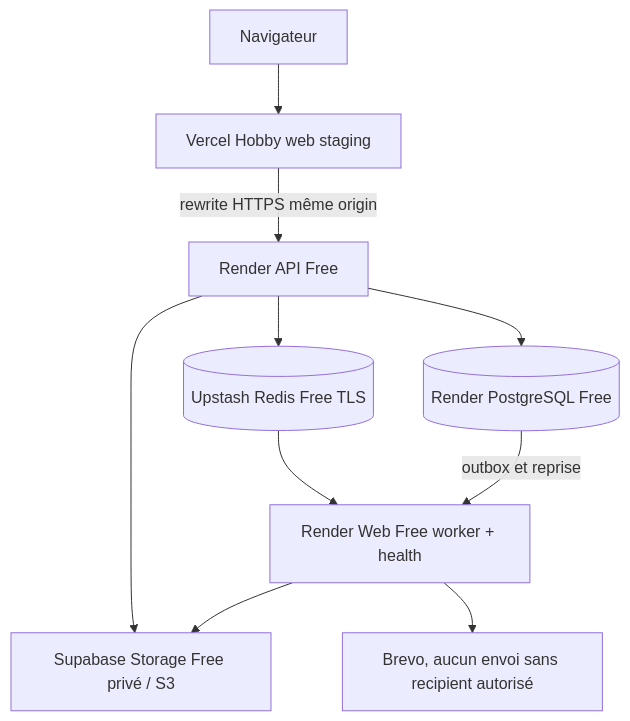
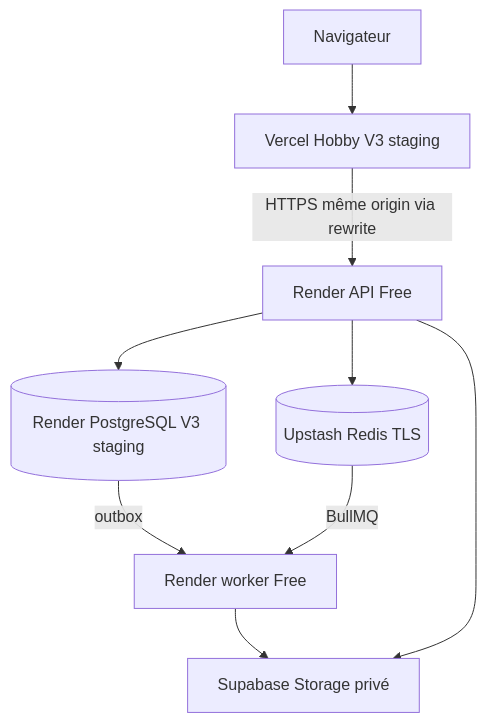
One commit to BALLOPROTEL/GestSchool_V3 changed the diagram in docs/lot14-staging.md. Above: the diagram before and after it, drawn with Mermaid. The commit also changed other lines of this file and 18 other files, not shown here.

````diff
--- a/docs/lot14-staging.md
+++ b/docs/lot14-staging.md
@@ -25,12 +18,11 @@
 ```mermaid
 flowchart TD
-  browser[Navigateur] --> web[Vercel Hobby web staging]
-  web -->|rewrite HTTPS même origin| api[Render API Free]
-  api --> db[(Render PostgreSQL Free)]
-  api --> redis[(Upstash Redis Free TLS)]
-  db -->|outbox et reprise| worker[Render Web Free worker + health]
-  redis --> worker
-  worker --> storage[Supabase Storage Free privé / S3]
+  browser[Navigateur] --> web[Vercel Hobby V3 staging]
+  web -->|HTTPS même origin via rewrite| api[Render API Free]
+  api --> db[(Render PostgreSQL V3 staging)]
+  api --> redis[(Upstash Redis TLS)]
+  db -->|outbox| worker[Render worker Free]
+  redis -->|BullMQ| worker
+  worker --> storage[Supabase Storage privé]
   api --> storage
-  worker --> brevo[Brevo, aucun envoi sans recipient autorisé]
 ```
````
